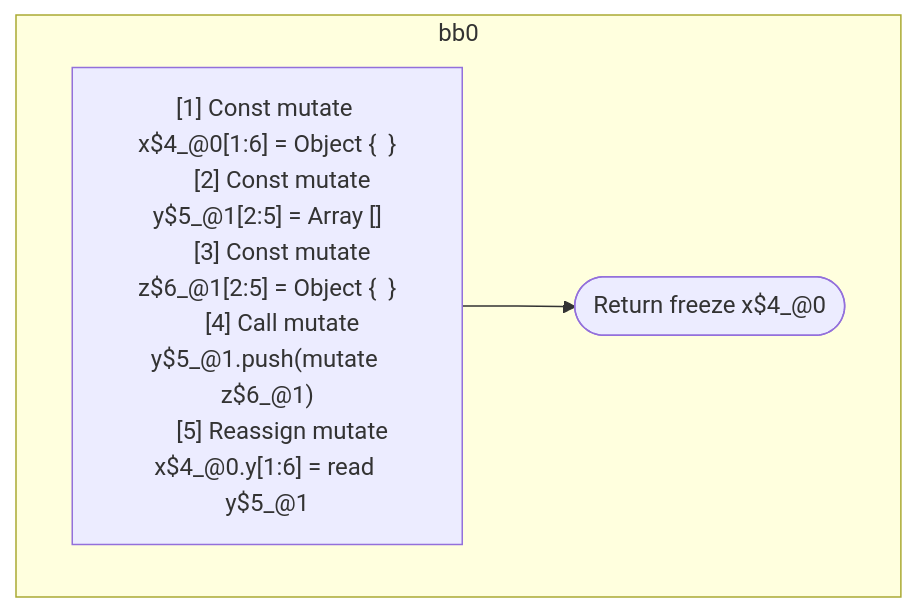
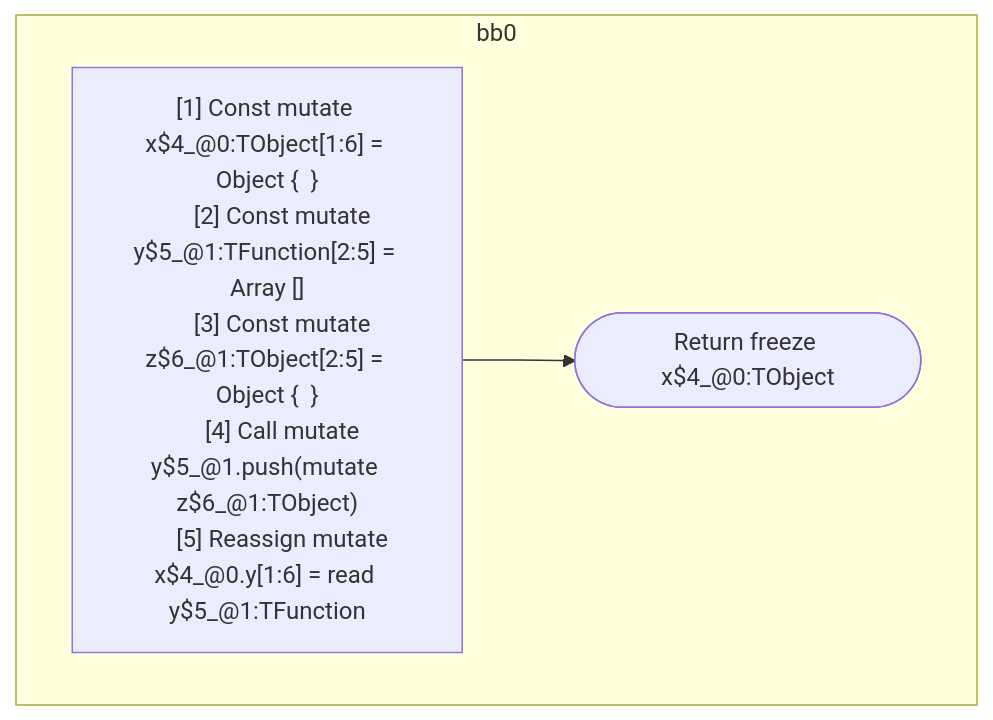
Before and after one commit to wutsmog/private: the diagram in compiler/forget/src/__tests__/fixtures/hir/reactive-scope-grouping.expect.md, drawn with Mermaid. The commit also changed other lines of this file and 112 other files, not shown here.

````diff
--- a/compiler/forget/src/__tests__/fixtures/hir/reactive-scope-grouping.expect.md
+++ b/compiler/forget/src/__tests__/fixtures/hir/reactive-scope-grouping.expect.md
@@ -52,17 +52,17 @@
 ```mermaid
 flowchart TB
   %% Basic Blocks
   subgraph bb0
     bb0_instrs["
-      [1] Const mutate x$4_@0[1:6] = Object {  }
-      [2] Const mutate y$5_@1[2:5] = Array []
-      [3] Const mutate z$6_@1[2:5] = Object {  }
-      [4] Call mutate y$5_@1.push(mutate z$6_@1)
-      [5] Reassign mutate x$4_@0.y[1:6] = read y$5_@1
+      [1] Const mutate x$4_@0:TObject[1:6] = Object {  }
+      [2] Const mutate y$5_@1:TFunction[2:5] = Array []
+      [3] Const mutate z$6_@1:TObject[2:5] = Object {  }
+      [4] Call mutate y$5_@1.push(mutate z$6_@1:TObject)
+      [5] Reassign mutate x$4_@0.y[1:6] = read y$5_@1:TFunction
     "]
-    bb0_instrs --> bb0_terminal(["Return freeze x$4_@0"])
+    bb0_instrs --> bb0_terminal(["Return freeze x$4_@0:TObject"])
   end
 
   %% Jumps
   %% empty
 ```
````
